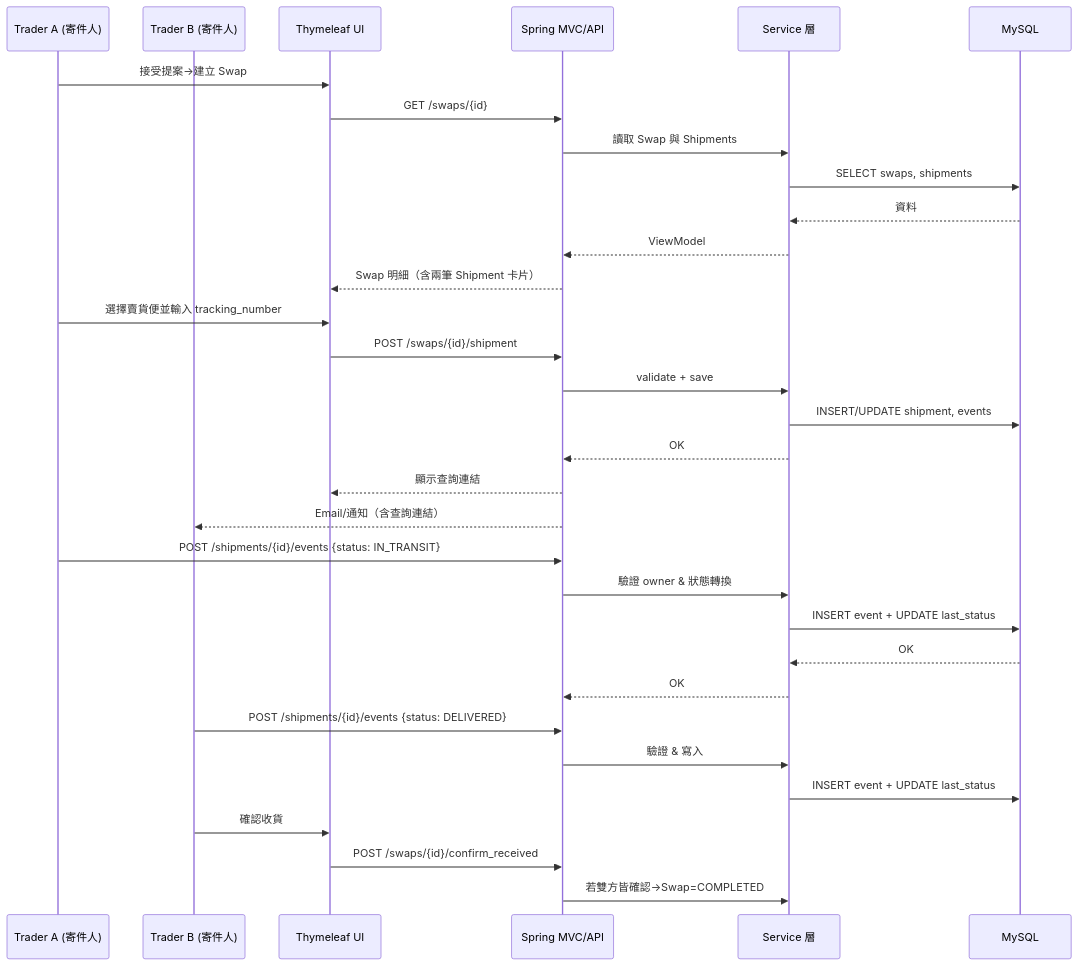
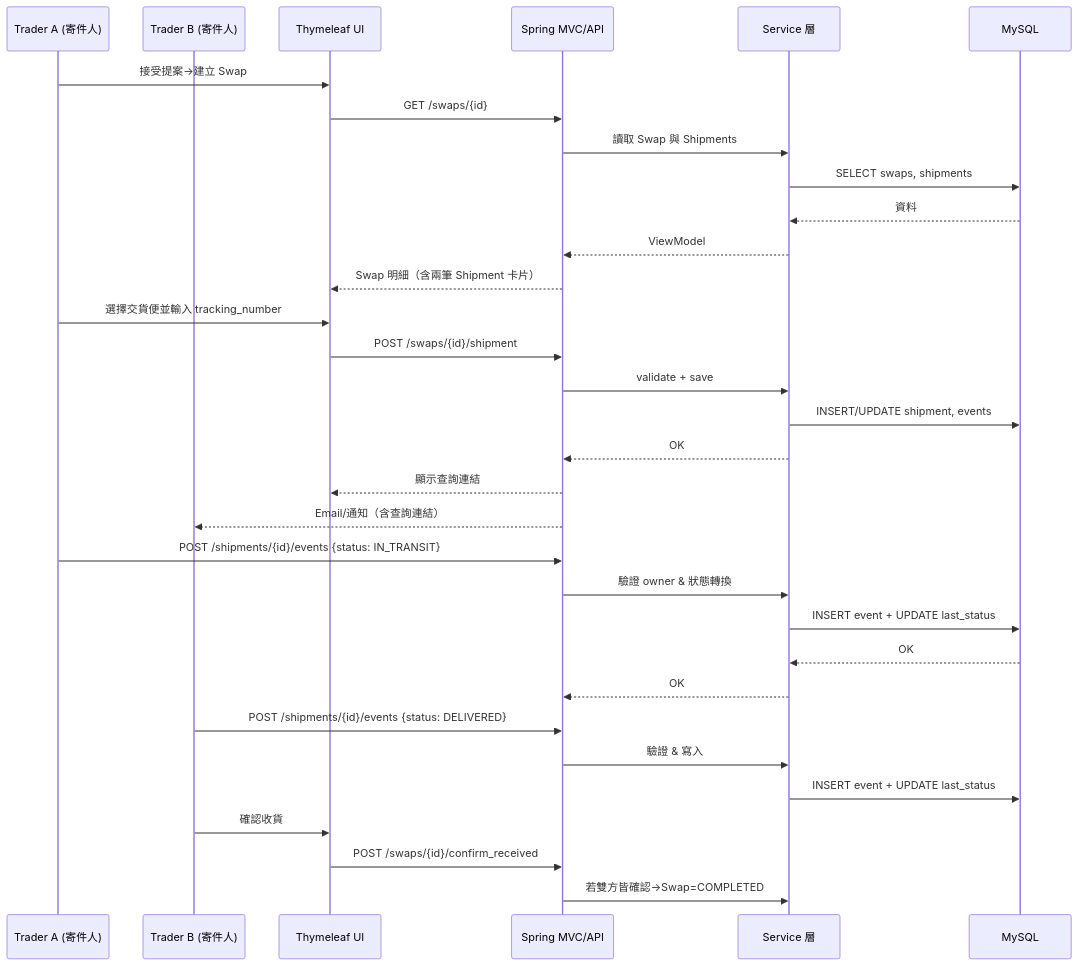
The second of 5 diagrams in docs/software-architecture-design.md (chi157/Exchange-Platform), drawn with Mermaid before and after one commit. The commit also changed other lines of this file and 15 other files, not shown here.

````diff
--- a/docs/software-architecture-design.md
+++ b/docs/software-architecture-design.md
@@ -88,39 +88,39 @@
 ```mermaid
 sequenceDiagram
 	participant A as Trader A (寄件人)
 	participant B as Trader B (寄件人)
 	participant UI as Thymeleaf UI
 	participant API as Spring MVC/API
 	participant SVC as Service 層
 	participant DB as MySQL
 
 	A->>UI: 接受提案→建立 Swap
 	UI->>API: GET /swaps/{id}
 	API->>SVC: 讀取 Swap 與 Shipments
 	SVC->>DB: SELECT swaps, shipments
 	DB-->>SVC: 資料
 	SVC-->>API: ViewModel
 	API-->>UI: Swap 明細（含兩筆 Shipment 卡片）
 
-	A->>UI: 選擇賣貨便並輸入 tracking_number
+	A->>UI: 選擇交貨便並輸入 tracking_number
 	UI->>API: POST /swaps/{id}/shipment
 	API->>SVC: validate + save
 	SVC->>DB: INSERT/UPDATE shipment, events
 	SVC-->>API: OK
 	API-->>UI: 顯示查詢連結
 	API-->>B: Email/通知（含查詢連結）
 
 	A->>API: POST /shipments/{id}/events {status: IN_TRANSIT}
 	API->>SVC: 驗證 owner & 狀態轉換
 	SVC->>DB: INSERT event + UPDATE last_status
 	DB-->>SVC: OK
 	SVC-->>API: OK
 
 	B->>API: POST /shipments/{id}/events {status: DELIVERED}
 	API->>SVC: 驗證 & 寫入
 	SVC->>DB: INSERT event + UPDATE last_status
 
 	B->>UI: 確認收貨
 	UI->>API: POST /swaps/{id}/confirm_received
 	API->>SVC: 若雙方皆確認→Swap=COMPLETED
 ```
````
